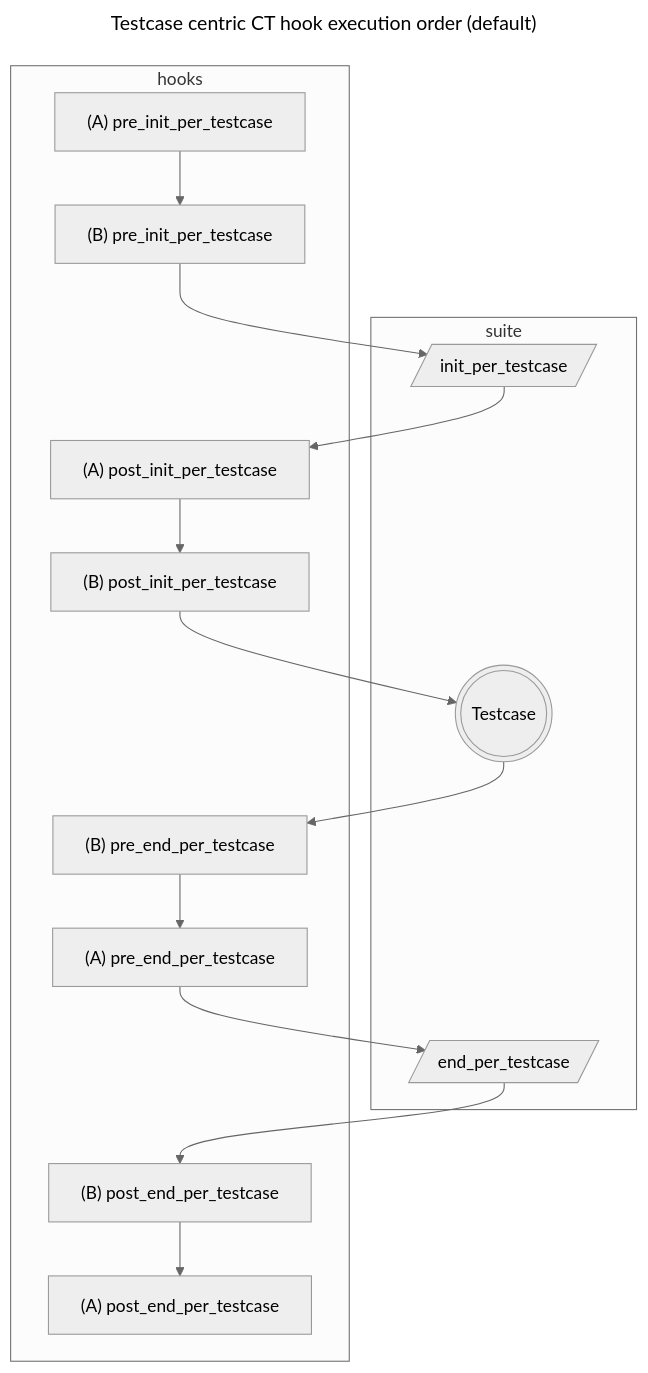
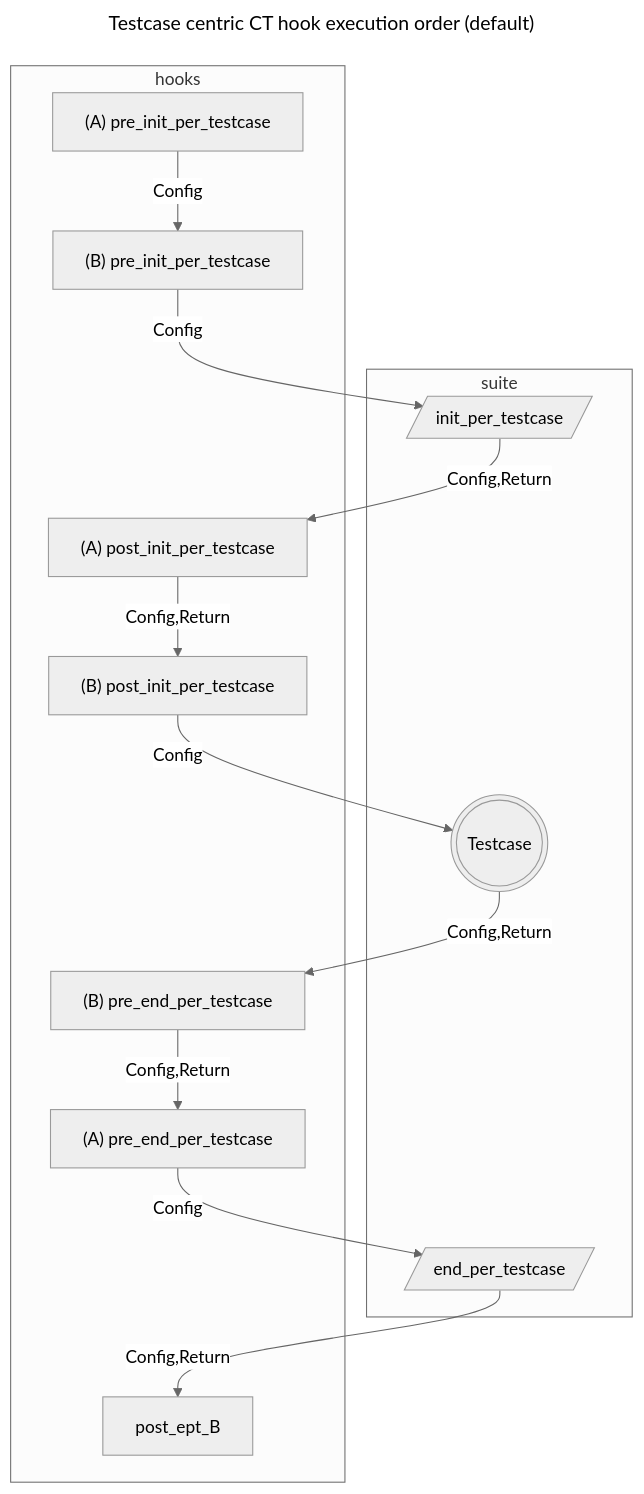
One commit to erlang/otp changed the second of 7 diagrams in lib/common_test/internal_doc/ct_notes.md. Above: the diagram before and after it, drawn with Mermaid (neutral theme). The commit also changed other lines of this file, not shown here.

````diff
--- a/lib/common_test/internal_doc/ct_notes.md
+++ b/lib/common_test/internal_doc/ct_notes.md
@@ -34,31 +31,30 @@
 ```mermaid
 ---
 title: Testcase centric CT hook execution order (default)
 ---
 flowchart TD
     subgraph hooks
-    pre_init_pt_A["(A) pre_init_per_testcase"] --> pre_init_pt_B
+    pre_ipt_A["(A) pre_init_per_testcase"] --Config--> pre_ipt_B
     end
     subgraph suite
-    pre_init_pt_B["(B) pre_init_per_testcase"] --> init_pt[/"init_per_testcase"/]
+    pre_ipt_B["(B) pre_init_per_testcase"] --Config--> ipt[/"init_per_testcase"/]
     end
-    init_pt --> post_init_pt_A
+    ipt --Config,Return--> post_ipt_A
     subgraph hooks
-    post_init_pt_A["(A) post_init_per_testcase"] --> post_init_pt_B
+    post_ipt_A["(A) post_init_per_testcase"] --Config,Return--> post_ipt_B
     end
     subgraph suite
-    post_init_pt_B["(B) post_init_per_testcase"] --> testcase
+    post_ipt_B["(B) post_init_per_testcase"] --Config--> testcase
     testcase((("Testcase")))
     end
     subgraph hooks
-    testcase --> pre_end_pt_B
-    pre_end_pt_B["(B) pre_end_per_testcase"] --> pre_end_pt_A
+    testcase --Config,Return--> pre_ept_B
+    pre_ept_B["(B) pre_end_per_testcase"] --Config,Return--> pre_ept_A
     end
     subgraph suite
-    pre_end_pt_A["(A) pre_end_per_testcase"] --> end_per_test_case
+    pre_ept_A["(A) pre_end_per_testcase"] --Config--> end_per_test_case
     end
     subgraph hooks
-    end_per_test_case[/"end_per_testcase"/] --> post_end_pt_B
-    post_end_pt_B["(B) post_end_per_testcase"] --> post_end_pt_A["(A) post_end_per_testcase"]
+    end_per_test_case[/"end_per_testcase"/] --Config,Return--> post_ept_B
     end
 ```
````
